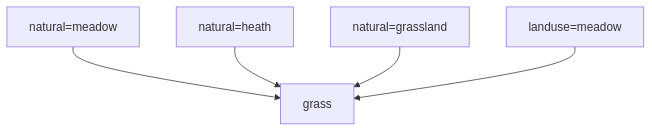
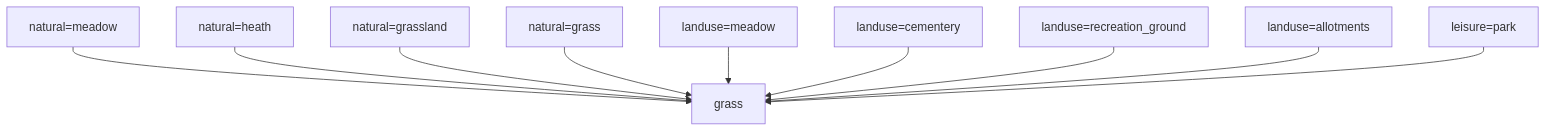
The third of 11 diagrams in LAYERS.md (MathiasGroebe/Graubrot), drawn with Mermaid before and after one commit. The commit also changed other lines of this file, not shown here.

````diff
--- a/LAYERS.md
+++ b/LAYERS.md
@@ -44,7 +45,12 @@
 ```mermaid
 graph TD;
     a[natural=meadow]-->grass;
     c[natural=heath]-->grass;
     d[natural=grassland]-->grass;
+    de[natural=grass]-->grass;
     e[landuse=meadow]-->grass;
+    f[landuse=cementery]-->grass;
+    g[landuse=recreation_ground]-->grass;
+    h[landuse=allotments]-->grass;
+    i[leisure=park]-->grass;
 ```
````
